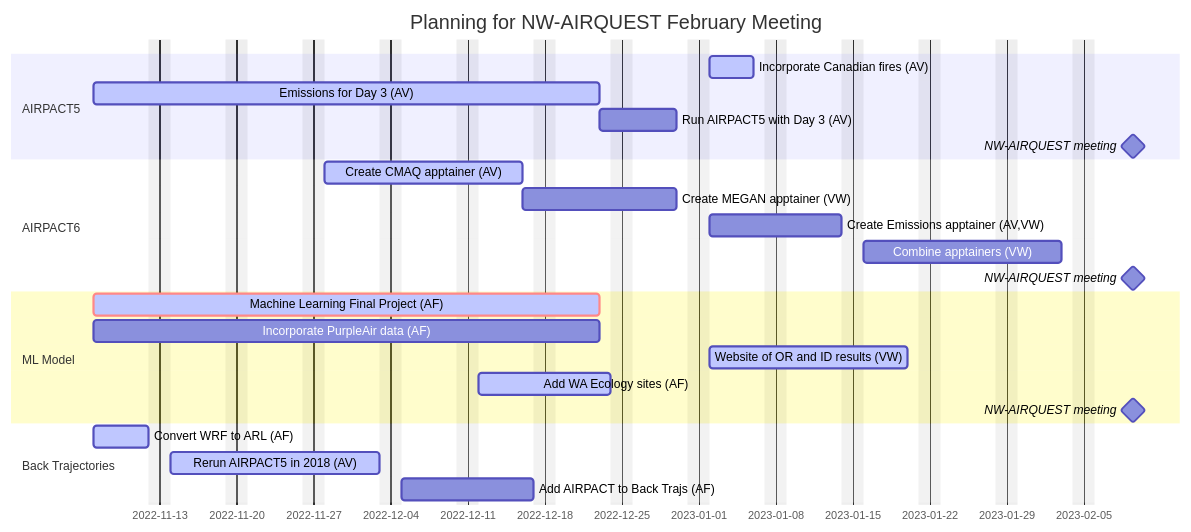
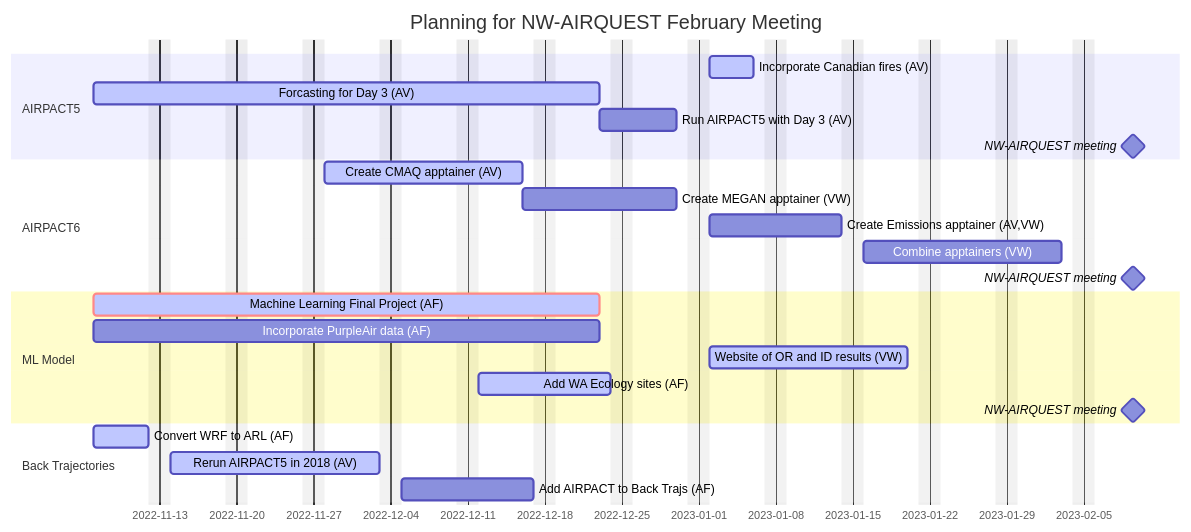
Before and after one commit to wsular/airpact: the diagram in planning/walden-research-group-GanttChart.md, drawn with Mermaid.

````diff
--- a/planning/walden-research-group-GanttChart.md
+++ b/planning/walden-research-group-GanttChart.md
@@ -3,31 +3,31 @@
 ```mermaid
 gantt
     dateFormat  YYYY-MM-DD
     title       Planning for NW-AIRQUEST February Meeting
     excludes    weekends
 
   section AIRPACT5
     Incorporate Canadian fires (AV)         :active,        s1t1,   2023-01-02, 4d
-    Emissions for Day 3 (AV)                :active,        s1t2,   2022-11-07, 2022-12-23
+    Forcasting for Day 3 (AV)                :active,        s1t2,   2022-11-07, 2022-12-23
     Run AIRPACT5 with Day 3 (AV)            :               s1t3,   after s1t2, 5d
     NW-AIRQUEST meeting                     :milestone,             2023-02-09, 1d
 
   section AIRPACT6
     Create CMAQ apptainer (AV)              :active,        s2t1,   2022-11-28, 14d
     Create MEGAN apptainer (VW)             :               s2t2,   after s2t1, 10d
     Create Emissions apptainer (AV,VW)      :               s2t3,   2023-01-02, 10d
     Combine apptainers (VW)                 :               s2t4,   after s2t3, 14d 
     NW-AIRQUEST meeting                     :milestone,             2023-02-09, 1d
 
   section ML Model
     Machine Learning Final Project (AF)     :crit,active,   s3t1,   2022-11-07,2022-12-23
     Incorporate PurpleAir data (AF)         :               s3t2,   2022-11-07,2022-12-23
     Website of OR and ID results (VW)       :active,        s3t3,   2023-01-02, 14d
     Add WA Ecology sites (AF)               :active,        s3t4,   2022-12-12, 10d 
     NW-AIRQUEST meeting                     :milestone,             2023-02-09, 1d
 
   section Back Trajectories
     Convert WRF to ARL (AF)                 :active,        s4t1,   2022-11-07, 5d
     Rerun AIRPACT5 in 2018 (AV)             :active,        s4t2,   after s4t1, 15d
     Add AIRPACT to Back Trajs (AF)          :               s4t3,   after s4t2, 10d
 ```
````
